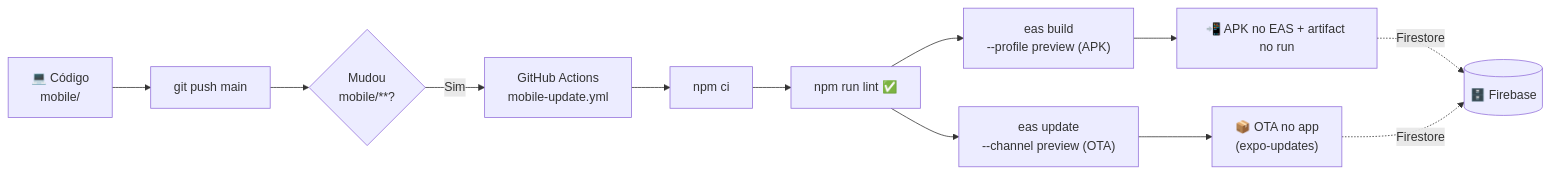
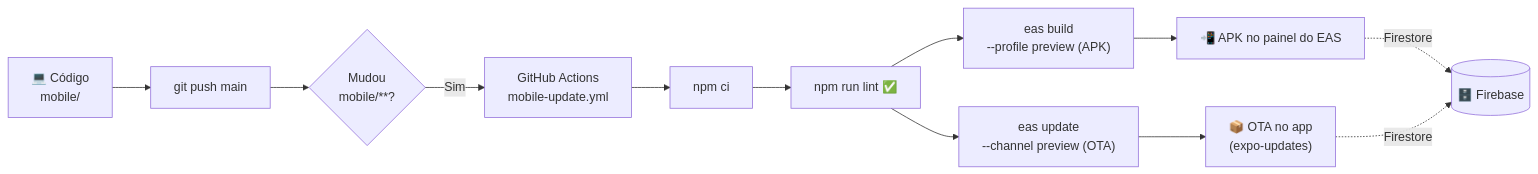
The diagram in mobile/README.md (hectornetf/Volleyball), drawn with Mermaid before and after one commit. The commit also changed 9 other files, not shown here.

Commit message:
fix: remove failing APK artifact steps from mobile CI workflow

````diff
--- a/mobile/README.md
+++ b/mobile/README.md
@@ -57,15 +57,15 @@
 ```mermaid
 flowchart LR
     A["💻 Código<br/>mobile/"] --> B["git push main"]
     B --> C{"Mudou<br/>mobile/**?"}
     C -- "Sim" --> D["GitHub Actions<br/>mobile-update.yml"]
     D --> E["npm ci"]
     E --> F["npm run lint ✅"]
     F --> G["eas build<br/>--profile preview (APK)"]
     F --> G2["eas update<br/>--channel preview (OTA)"]
-    G --> H["📲 APK no EAS + artifact no run"]
+    G --> H["📲 APK no painel do EAS"]
     G2 --> H2["📦 OTA no app<br/>(expo-updates)"]
 
     H -. "Firestore" .-> K[("🗄️ Firebase")]
     H2 -. "Firestore" .-> K
 ```
````
